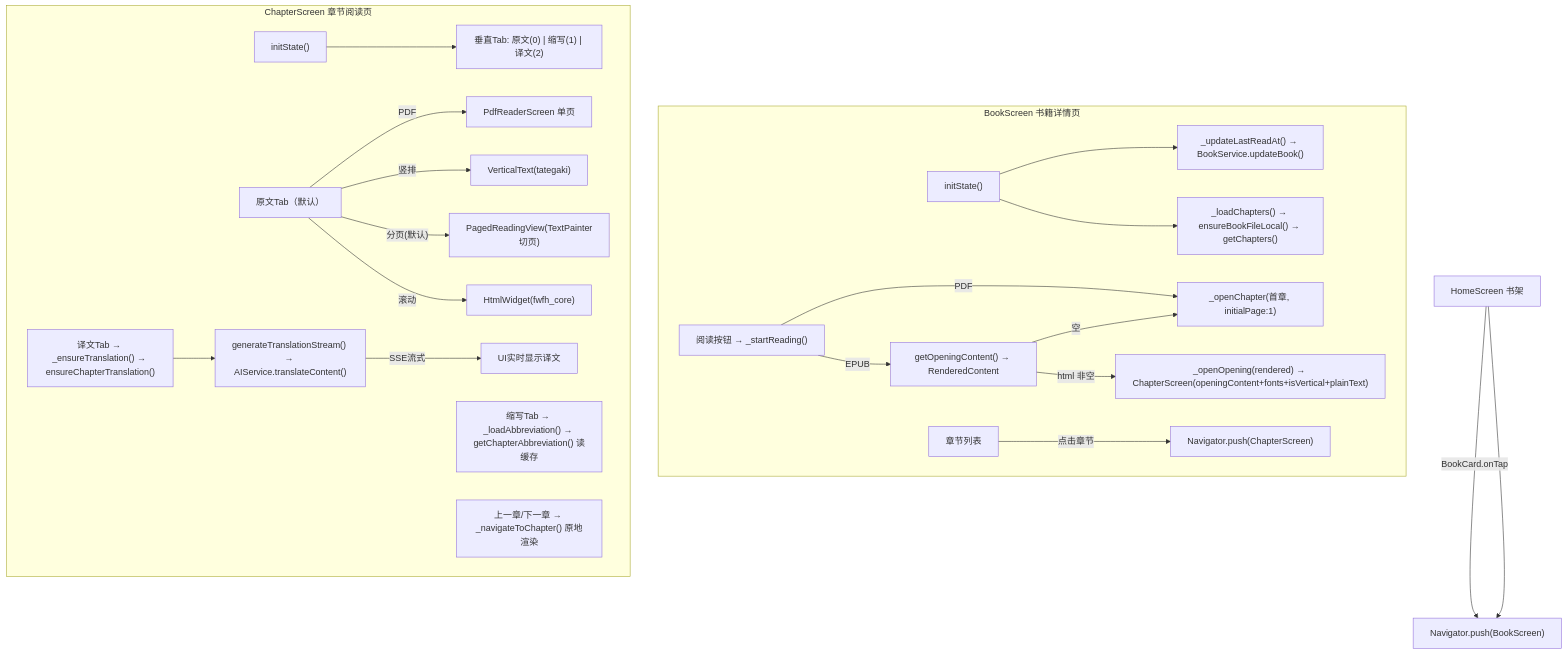
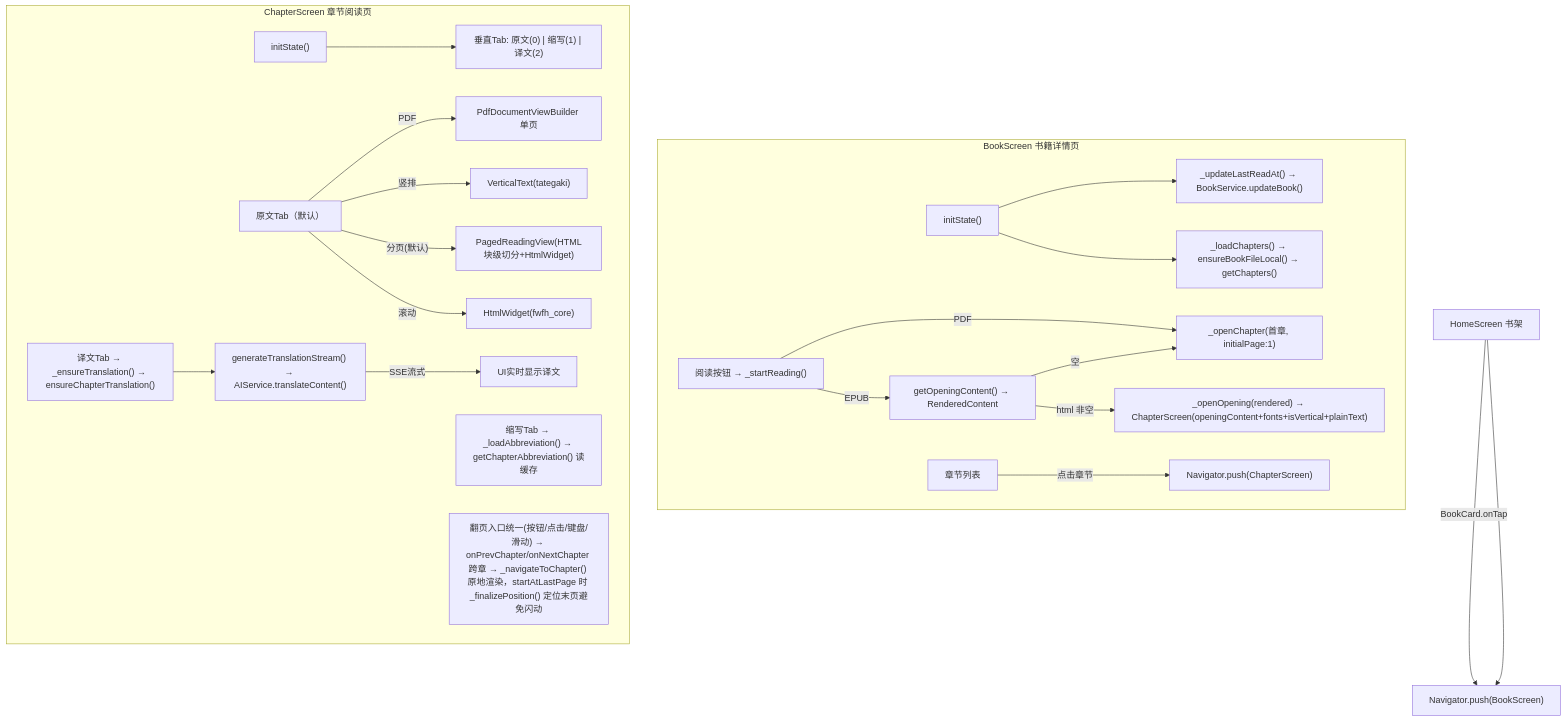
One commit to jjzhang2000/zhidu changed the third of 11 diagrams in docs/function_call_relationships_visual.md. Above: the diagram before and after it, drawn with Mermaid. The commit also changed other lines of this file and 24 other files, not shown here.

````diff
--- a/docs/function_call_relationships_visual.md
+++ b/docs/function_call_relationships_visual.md
@@ -160,32 +156,32 @@
 ```mermaid
 flowchart TD
     HOME["HomeScreen 书架"] --> |"BookCard.onTap"| BOOK_SCREEN["Navigator.push(BookScreen)"]
 
     subgraph "BookScreen 书籍详情页"
         BS_INIT["initState()"] --> LU["_updateLastReadAt() → BookService.updateBook()"]
         BS_INIT --> EL["_loadChapters() → ensureBookFileLocal() → getChapters()"]
         READ["阅读按钮 → _startReading()"]
         READ --> |"PDF"| OPEN1["_openChapter(首章, initialPage:1)"]
         READ --> |"EPUB"| OPEN2["getOpeningContent() → RenderedContent"]
         OPEN2 --> |"html 非空"| OPEN3["_openOpening(rendered) → ChapterScreen(openingContent+fonts+isVertical+plainText)"]
         OPEN2 --> |"空"| OPEN1
         CHAPTER_LIST["章节列表"] --> |"点击章节"| CHAPTER_SCREEN["Navigator.push(ChapterScreen)"]
     end
 
     subgraph "ChapterScreen 章节阅读页"
         CS_INIT["initState()"] --> TAB["垂直Tab: 原文(0) | 缩写(1) | 译文(2)"]
         TAB_ORIG["原文Tab（默认）"]
-        TAB_ORIG --> |"PDF"| ORIG_PDF["PdfReaderScreen 单页"]
+        TAB_ORIG --> |"PDF"| ORIG_PDF["PdfDocumentViewBuilder 单页"]
         TAB_ORIG --> |"竖排"| ORIG_VERT["VerticalText(tategaki)"]
-        TAB_ORIG --> |"分页(默认)"| ORIG_PAGE["PagedReadingView(TextPainter切页)"]
+        TAB_ORIG --> |"分页(默认)"| ORIG_PAGE["PagedReadingView(HTML块级切分+HtmlWidget)"]
         TAB_ORIG --> |"滚动"| ORIG_SCROLL["HtmlWidget(fwfh_core)"]
         TAB_ABBR["缩写Tab → _loadAbbreviation() → getChapterAbbreviation() 读缓存"]
         TAB_TRANS["译文Tab → _ensureTranslation() → ensureChapterTranslation()"]
-        NAV["上一章/下一章 → _navigateToChapter() 原地渲染"]
+        NAV["翻页入口统一(按钮/点击/键盘/滑动) → onPrevChapter/onNextChapter 跨章 → _navigateToChapter() 原地渲染，startAtLastPage 时 _finalizePosition() 定位末页避免闪动"]
 
         TAB_TRANS --> TRANS["generateTranslationStream() → AIService.translateContent()"]
         TRANS --> |"SSE流式"| TRANS_UI["UI实时显示译文"]
     end
 
     HOME --> BOOK_SCREEN
 ```
````
